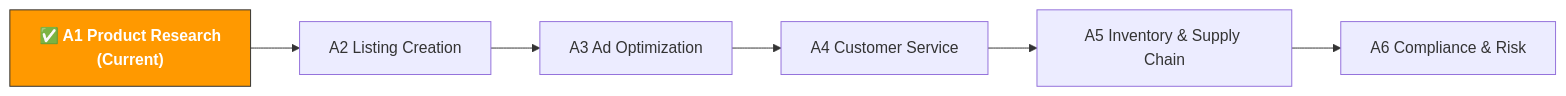
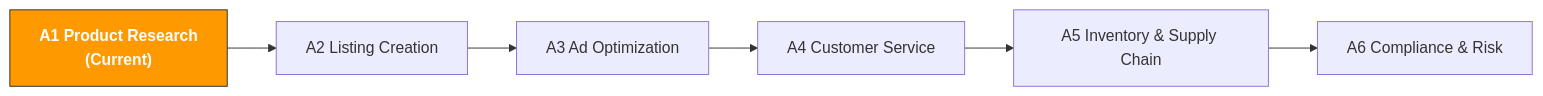
One commit to kangise/ecommerce-ai-roadmap changed the diagram in en/paths/a-operators/a1-product-research.md. Above: the diagram before and after it, drawn with Mermaid. The commit also changed other lines of this file and 185 other files, not shown here.

````diff
--- a/en/paths/a-operators/a1-product-research.md
+++ b/en/paths/a-operators/a1-product-research.md
@@ -13,15 +13,15 @@
 ```mermaid
 flowchart LR
-    A1["✅ A1 Product Research<br/>(Current)"]:::current
-    A1 --> A2
-    A2["A2 Listing Creation"]
-    A2 --> A3
-    A3["A3 Ad Optimization"]
-    A3 --> A4
-    A4["A4 Customer Service"]
-    A4 --> A5
-    A5["A5 Inventory & Supply Chain"]
-    A5 --> A6
-    A6["A6 Compliance & Risk"]
-    classDef current fill:#ff9900,stroke:#333,color:#fff,font-weight:bold
+A1[" A1 Product Research<br/>(Current)"]:::current
+A1 --> A2
+A2["A2 Listing Creation"]
+A2 --> A3
+A3["A3 Ad Optimization"]
+A3 --> A4
+A4["A4 Customer Service"]
+A4 --> A5
+A5["A5 Inventory & Supply Chain"]
+A5 --> A6
+A6["A6 Compliance & Risk"]
+classDef current fill:#ff9900,stroke:#333,color:#fff,font-weight:bold
 ```
````
